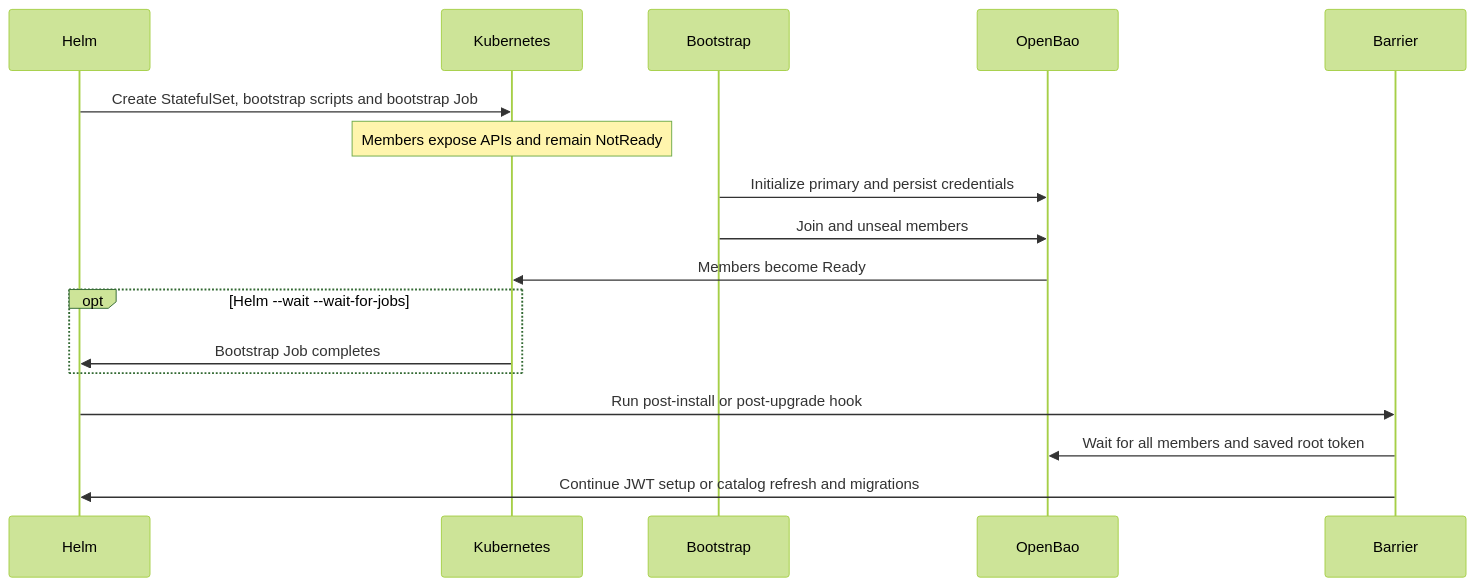
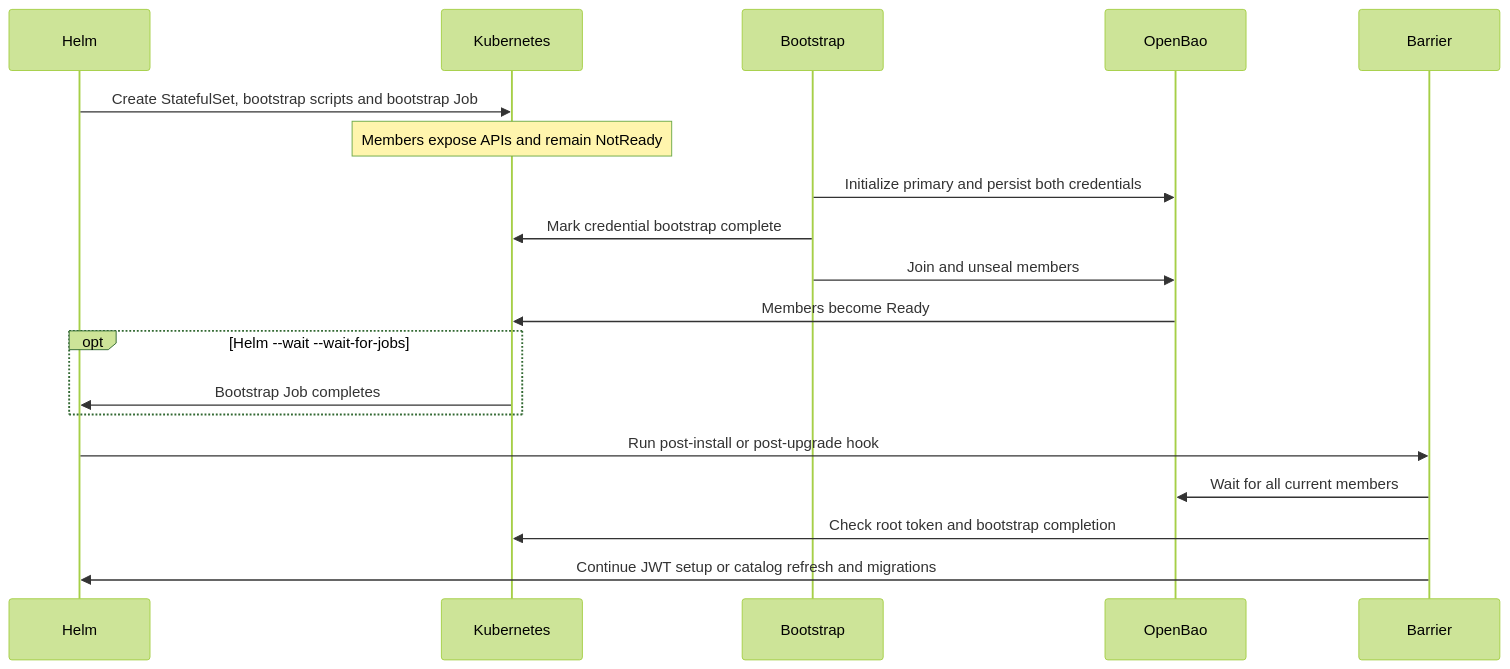
The diagram in deploy/helm/openbao/README.md (andretorresdg/nvcf), drawn with Mermaid (forest theme) before and after one commit. The commit also changed other lines of this file and 8 other files, not shown here.

First line of the commit message:
fix(openbao): fence credential writes and bootstrap completion

````diff
--- a/deploy/helm/openbao/README.md
+++ b/deploy/helm/openbao/README.md
@@ -40,14 +40,16 @@
 ```mermaid
 sequenceDiagram
     Helm->>Kubernetes: Create StatefulSet, bootstrap scripts and bootstrap Job
     Note over Kubernetes: Members expose APIs and remain NotReady
-    Bootstrap->>OpenBao: Initialize primary and persist credentials
+    Bootstrap->>OpenBao: Initialize primary and persist both credentials
+    Bootstrap->>Kubernetes: Mark credential bootstrap complete
     Bootstrap->>OpenBao: Join and unseal members
     OpenBao->>Kubernetes: Members become Ready
     opt Helm --wait --wait-for-jobs
         Kubernetes->>Helm: Bootstrap Job completes
     end
     Helm->>Barrier: Run post-install or post-upgrade hook
-    Barrier->>OpenBao: Wait for all members and saved root token
+    Barrier->>OpenBao: Wait for all current members
+    Barrier->>Kubernetes: Check root token and bootstrap completion
     Barrier->>Helm: Continue JWT setup or catalog refresh and migrations
 ```
````
